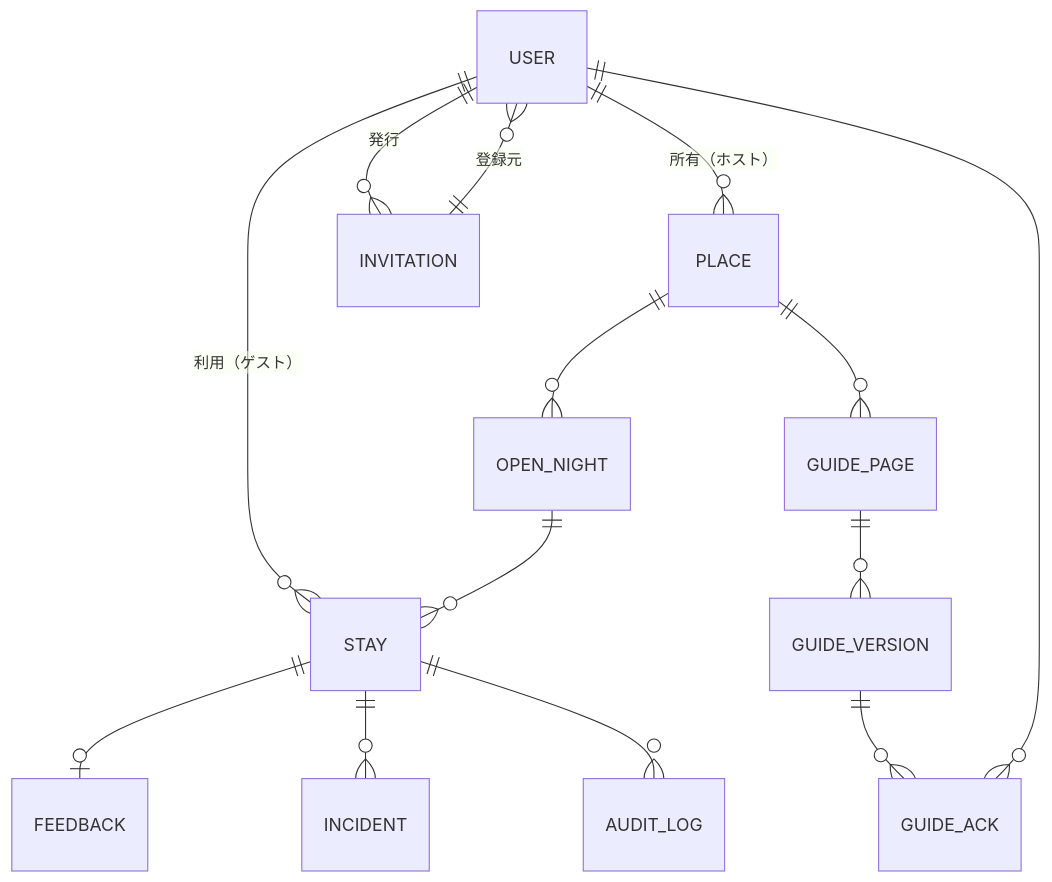
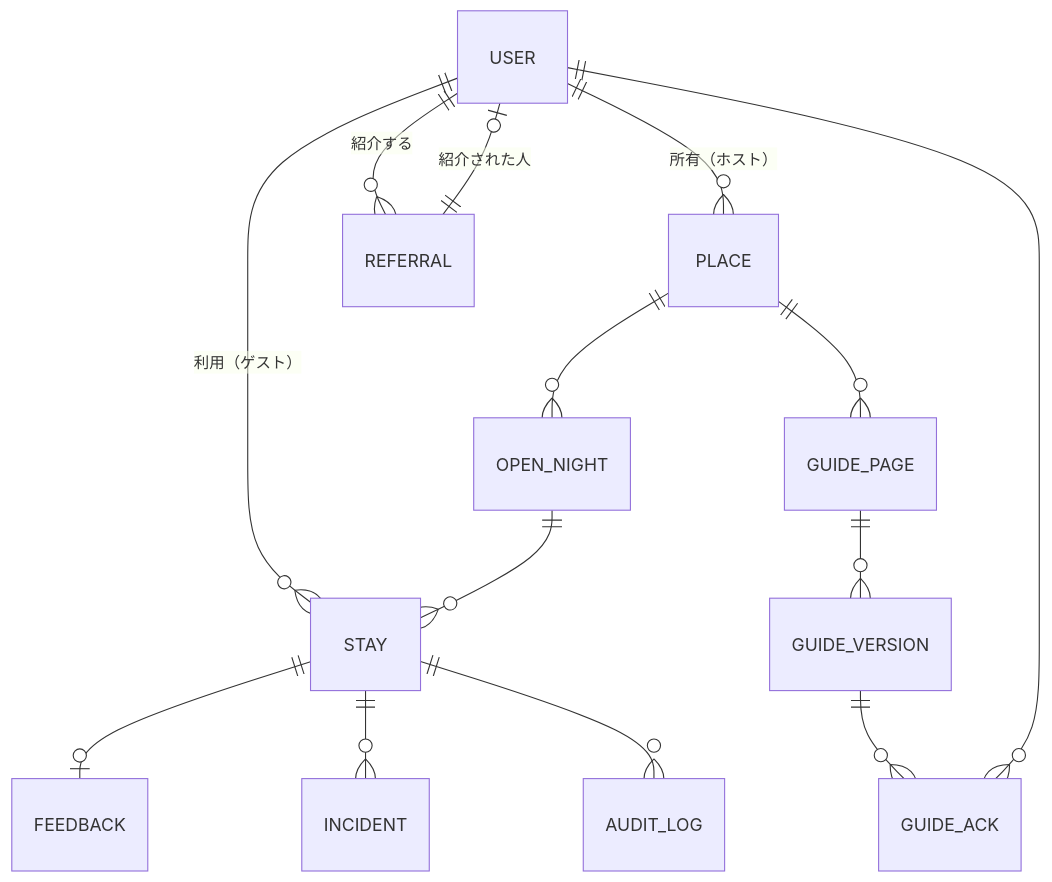
The second of 4 diagrams in docs/03-system-design.md (YukiKudo03/room-using), drawn with Mermaid before and after one commit. The commit also changed other lines of this file and 3 other files, not shown here.

````diff
--- a/docs/03-system-design.md
+++ b/docs/03-system-design.md
@@ -49,16 +49,16 @@
 ```mermaid
 erDiagram
   USER ||--o{ PLACE : "所有（ホスト）"
-  USER ||--o{ INVITATION : "発行"
-  INVITATION ||--o{ USER : "登録元"
+  USER ||--o{ REFERRAL : "紹介する"
+  REFERRAL ||--o| USER : "紹介された人"
   USER ||--o{ STAY : "利用（ゲスト）"
   PLACE ||--o{ OPEN_NIGHT : ""
   OPEN_NIGHT ||--o{ STAY : ""
   STAY ||--o| FEEDBACK : ""
   STAY ||--o{ INCIDENT : ""
   STAY ||--o{ AUDIT_LOG : ""
   PLACE ||--o{ GUIDE_PAGE : ""
   GUIDE_PAGE ||--o{ GUIDE_VERSION : ""
   GUIDE_VERSION ||--o{ GUIDE_ACK : ""
   USER ||--o{ GUIDE_ACK : ""
 ```
````
